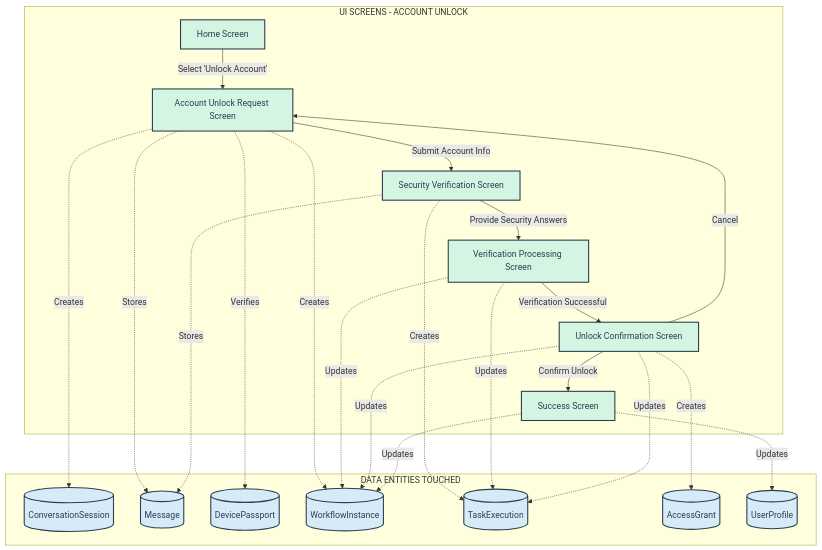
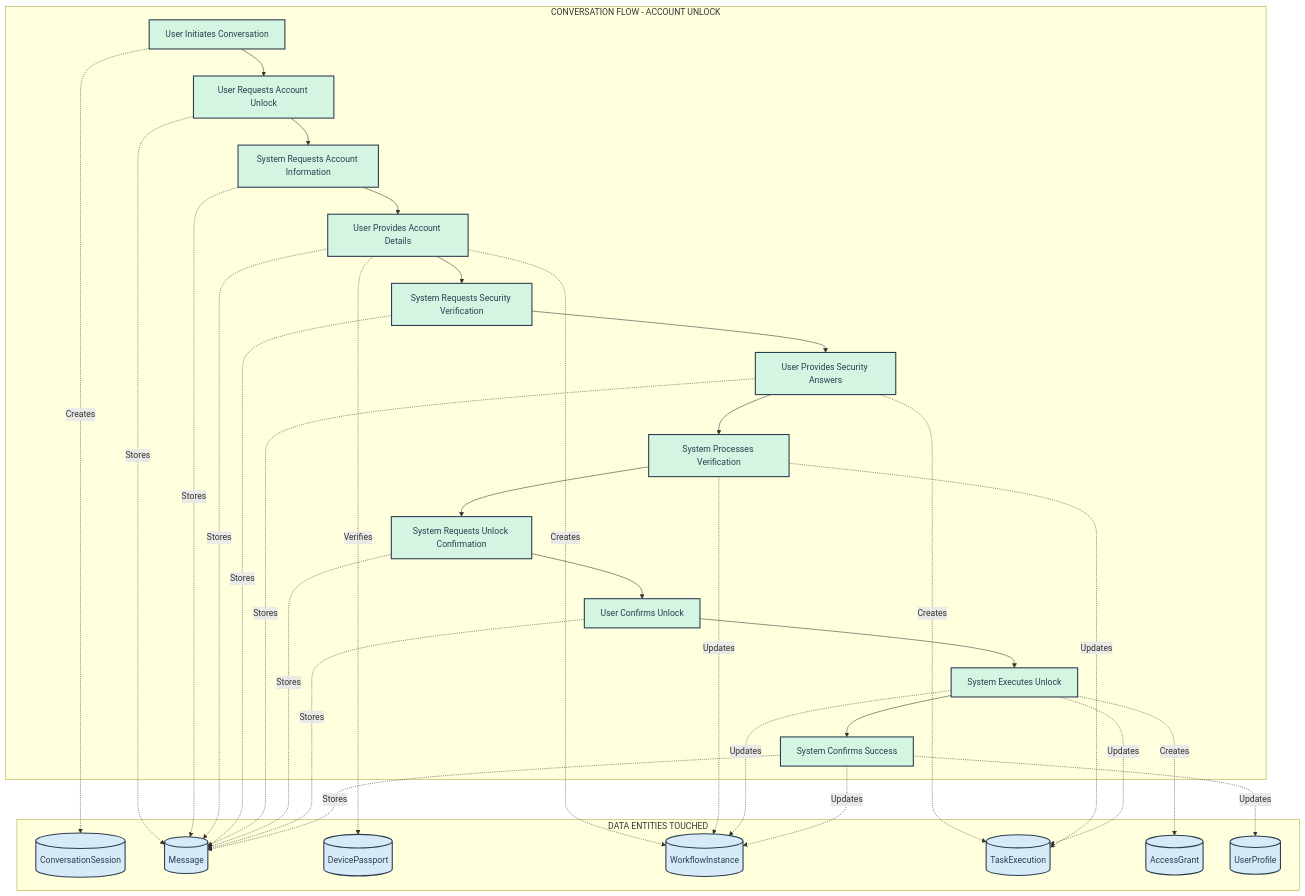
Before and after one commit to ME-ai-agents/docs_prod: diagram 12 of 31 in ME.AI Data Architecture and Flows.md, drawn with Mermaid. The commit also changed other lines of this file, not shown here.

Commit message:
Update ME.AI Data Architecture and Flows.md

````diff
--- a/ME.AI Data Architecture and Flows.md
+++ b/ME.AI Data Architecture and Flows.md
@@ -1112,52 +1165,56 @@
 ```mermaid
 flowchart TD
-    subgraph UI_FLOW["UI SCREENS - ACCOUNT UNLOCK"]
-        S1[Home Screen]
-        S2[Account Unlock Request Screen]
-        S3[Security Verification Screen]
-        S4[Verification Processing Screen]
-        S5[Unlock Confirmation Screen]
-        S6[Success Screen]
-        
-        S1 -->|"Select 'Unlock Account'"| S2
-        S2 -->|"Submit Account Info"| S3
-        S3 -->|"Provide Security Answers"| S4
-        S4 -->|"Verification Successful"| S5
-        S5 -->|"Confirm Unlock"| S6
-        S5 -->|"Cancel"| S2
+    subgraph CF["CONVERSATION FLOW - ACCOUNT UNLOCK"]
+        I1[User Initiates Conversation] --> I2[User Requests Account Unlock]
+        I2 --> I3[System Requests Account Information]
+        I3 --> I4[User Provides Account Details]
+        I4 --> I5[System Requests Security Verification]
+        I5 --> I6[User Provides Security Answers]
+        I6 --> I7[System Processes Verification]
+        I7 --> I8[System Requests Unlock Confirmation]
+        I8 --> I9[User Confirms Unlock]
+        I9 --> I10[System Executes Unlock]
+        I10 --> I11[System Confirms Success]
     end
     
-    subgraph DATA_FLOW["DATA ENTITIES TOUCHED"]
+    subgraph DF["DATA ENTITIES TOUCHED"]
         D1[(ConversationSession)]
         D2[(Message)]
         D3[(DevicePassport)]
         D4[(WorkflowInstance)]
         D5[(TaskExecution)]
         D6[(AccessGrant)]
         D7[(UserProfile)]
         
-        S2 -.->|"Creates"| D1
-        S2 -.->|"Stores"| D2
-        S2 -.->|"Verifies"| D3
-        S2 -.->|"Creates"| D4
+        I1 -.->|"Creates"| D1
+        I2 -.->|"Stores"| D2
+        I3 -.->|"Stores"| D2
+        I4 -.->|"Stores"| D2
+        I4 -.->|"Verifies"| D3
+        I4 -.->|"Creates"| D4
         
-        S3 -.->|"Stores"| D2
-        S3 -.->|"Creates"| D5
+        I5 -.->|"Stores"| D2
+        I6 -.->|"Stores"| D2
+        I6 -.->|"Creates"| D5
         
-        S4 -.->|"Updates"| D4
-        S4 -.->|"Updates"| D5
+        I7 -.->|"Updates"| D4
+        I7 -.->|"Updates"| D5
         
-        S5 -.->|"Updates"| D4
-        S5 -.->|"Updates"| D5
-        S5 -.->|"Creates"| D6
+        I8 -.->|"Stores"| D2
+        I9 -.->|"Stores"| D2
         
-        S6 -.->|"Updates"| D4
-        S6 -.->|"Updates"| D7
+        I10 -.->|"Updates"| D4
+        I10 -.->|"Updates"| D5
+        I10 -.->|"Creates"| D6
+        
+        I11 -.->|"Updates"| D4
+        I11 -.->|"Updates"| D7
+        I11 -.->|"Stores"| D2
     end
     
-    classDef uiScreen fill:#D5F5E3,stroke:#2C3E50,stroke-width:2px,color:#2C3E50
+    classDef convStep fill:#D5F5E3,stroke:#2C3E50,stroke-width:2px,color:#2C3E50
     classDef dataEntity fill:#D6EAF8,stroke:#2C3E50,stroke-width:2px,color:#2C3E50
     
-    class S1,S2,S3,S4,S5,S6 uiScreen
+    class I1,I2,I3,I4,I5,I6,I7,I8,I9,I10,I11 convStep
     class D1,D2,D3,D4,D5,D6,D7 dataEntity
 ```
````
